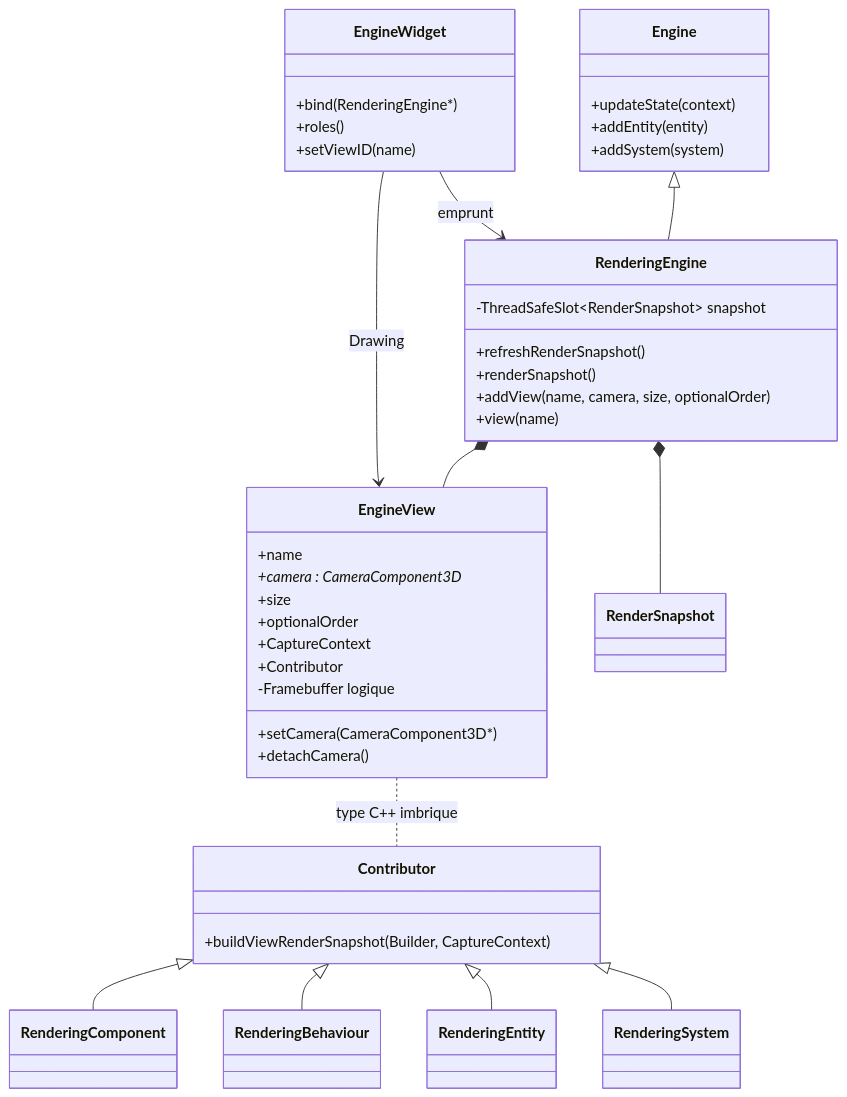
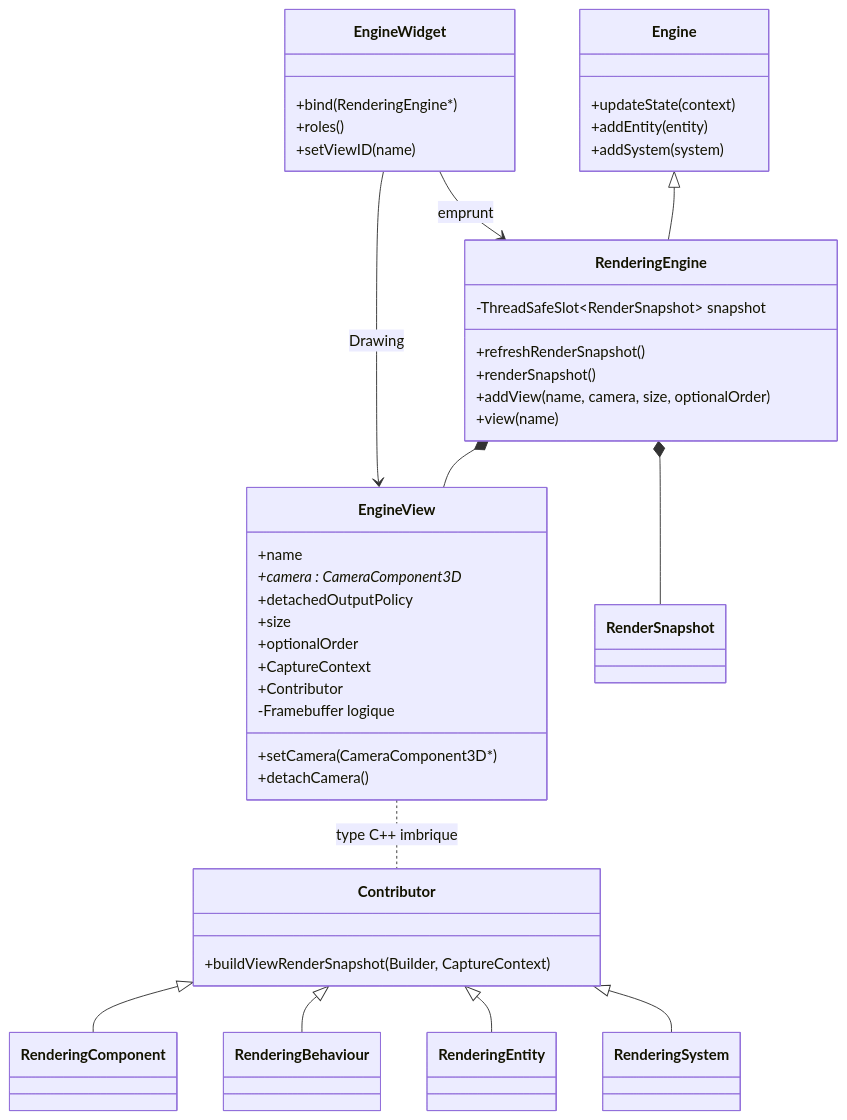
One commit to EreliaStudio/Sparkle changed the sixth of 10 diagrams in docs/voxel-engine-v0.1.4-specification.md. Above: the diagram before and after it, drawn with Mermaid. The commit also changed other lines of this file, not shown here.

Commit message:
docs(v0.1.4): specify configurable detached EngineView output policy

````diff
--- a/docs/voxel-engine-v0.1.4-specification.md
+++ b/docs/voxel-engine-v0.1.4-specification.md
@@ -588,48 +588,49 @@
 ```mermaid
 classDiagram
   class Engine {
     +updateState(context)
     +addEntity(entity)
     +addSystem(system)
   }
   class RenderingEngine {
     +refreshRenderSnapshot()
     +renderSnapshot()
     +addView(name, camera, size, optionalOrder)
     +view(name)
     -ThreadSafeSlot~RenderSnapshot~ snapshot
   }
   class EngineView {
     +name
     +camera : CameraComponent3D*
     +setCamera(CameraComponent3D*)
     +detachCamera()
+    +detachedOutputPolicy
     +size
     +optionalOrder
     +CaptureContext
     +Contributor
     -Framebuffer logique
   }
   class Contributor {
     +buildViewRenderSnapshot(Builder, CaptureContext)
   }
   class RenderingComponent
   class RenderingBehaviour
   class RenderingEntity
   class RenderingSystem
   class EngineWidget {
     +bind(RenderingEngine*)
     +roles()
     +setViewID(name)
   }
   Engine <|-- RenderingEngine
   RenderingEngine *-- EngineView
   RenderingEngine *-- RenderSnapshot
   EngineView .. Contributor : type C++ imbrique
   Contributor <|-- RenderingComponent
   Contributor <|-- RenderingBehaviour
   Contributor <|-- RenderingEntity
   Contributor <|-- RenderingSystem
   EngineWidget --> RenderingEngine : emprunt
   EngineWidget --> EngineView : Drawing
 ```
````
